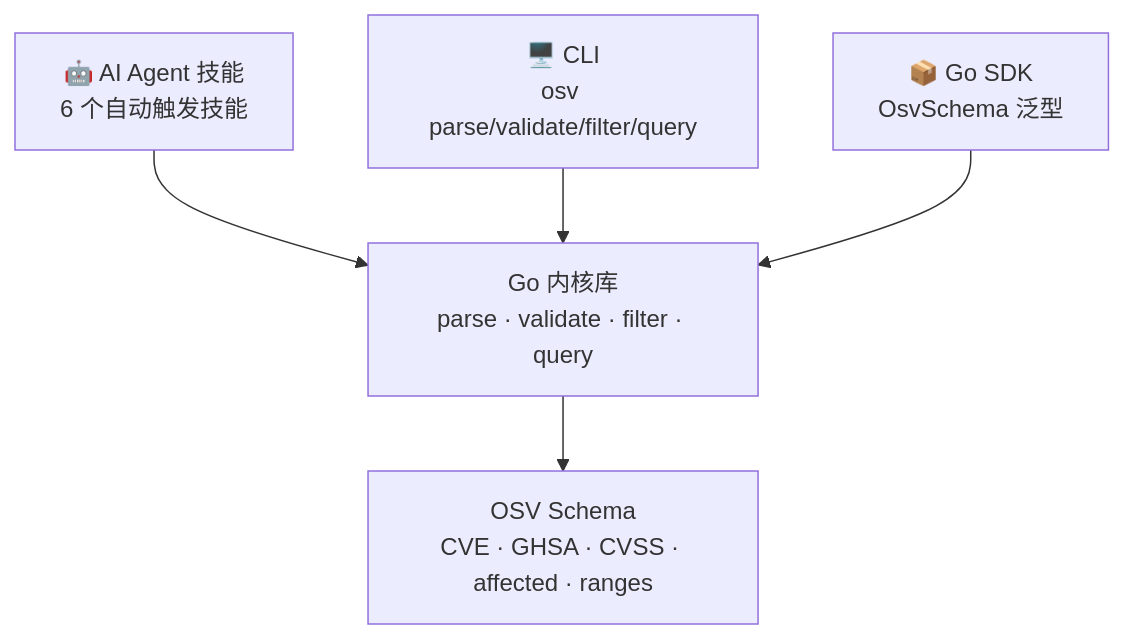
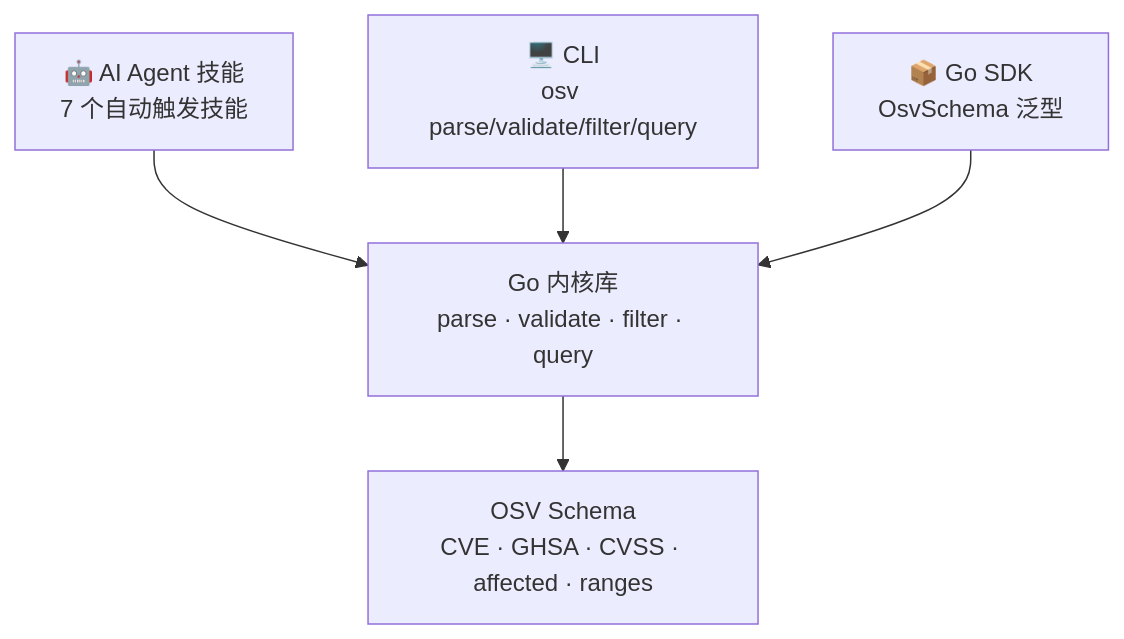
Before and after one commit to scagogogo/osv-schema-skills: the first of 4 diagrams in website/zh/index.md, drawn with Mermaid. The commit also changed other lines of this file and 1 other file, not shown here.

````diff
--- a/website/zh/index.md
+++ b/website/zh/index.md
@@ -88,13 +88,13 @@
 ```mermaid
 graph TD
-  A["🤖 AI Agent 技能<br/>6 个自动触发技能"]
+  A["🤖 AI Agent 技能<br/>7 个自动触发技能"]
   C["🖥️ CLI<br/>osv parse/validate/filter/query"]
   S["📦 Go SDK<br/>OsvSchema 泛型"]
   CORE["Go 内核库<br/>parse · validate · filter · query"]
   OSV["OSV Schema<br/>CVE · GHSA · CVSS · affected · ranges"]
 
   A --> CORE
   C --> CORE
   S --> CORE
   CORE --> OSV
 ```
````
